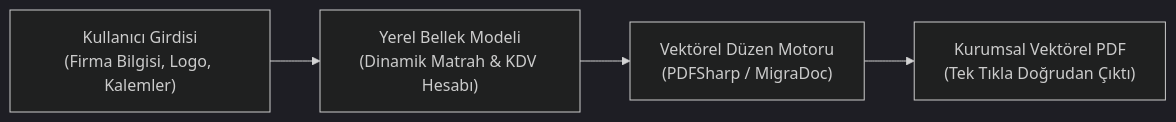
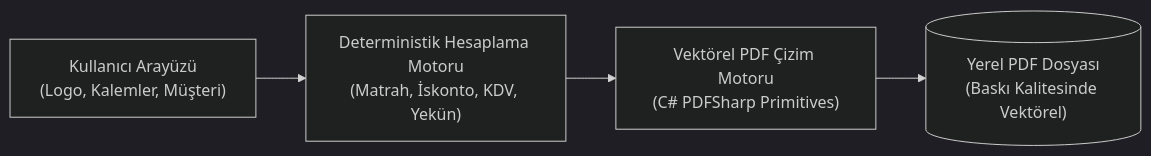
Before and after one commit to oaonuraksoy/oaonuraksoy: the diagram in src/content/broadcasts/tr/oateklif-ucretsiz-teklif-olusturucu.md, drawn with Mermaid (dark theme). The commit also changed other lines of this file and 28 other files, not shown here.

Commit message:
feat(broadcasts): humanize 10 video case studies, add vault assets, webp covers and faqpage schema

````diff
--- a/src/content/broadcasts/tr/oateklif-ucretsiz-teklif-olusturucu.md
+++ b/src/content/broadcasts/tr/oateklif-ucretsiz-teklif-olusturucu.md
@@ -32,6 +48,6 @@
 ```mermaid
 flowchart LR
-    UI["Kullanıcı Girdisi<br/>(Firma Bilgisi, Logo, Kalemler)"] --> Model["Yerel Bellek Modeli<br/>(Dinamik Matrah & KDV Hesabı)"]
-    Model --> Engine["Vektörel Düzen Motoru<br/>(PDFSharp / MigraDoc)"]
-    Engine --> PDF["Kurumsal Vektörel PDF<br/>(Tek Tıkla Doğrudan Çıktı)"]
+    Input["Kullanıcı Arayüzü<br/>(Logo, Kalemler, Müşteri)"] --> Math["Deterministik Hesaplama Motoru<br/>(Matrah, İskonto, KDV, Yekün)"]
+    Math --> Vector["Vektörel PDF Çizim Motoru<br/>(C# PDFSharp Primitives)"]
+    Vector --> Disk[("Yerel PDF Dosyası<br/>(Baskı Kalitesinde Vektörel)")]
 ```
````
